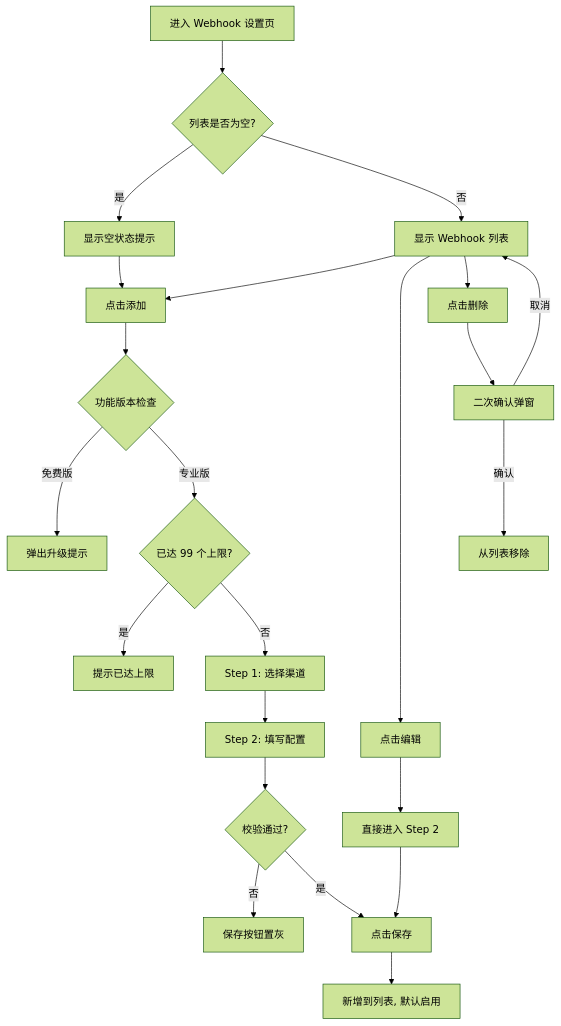
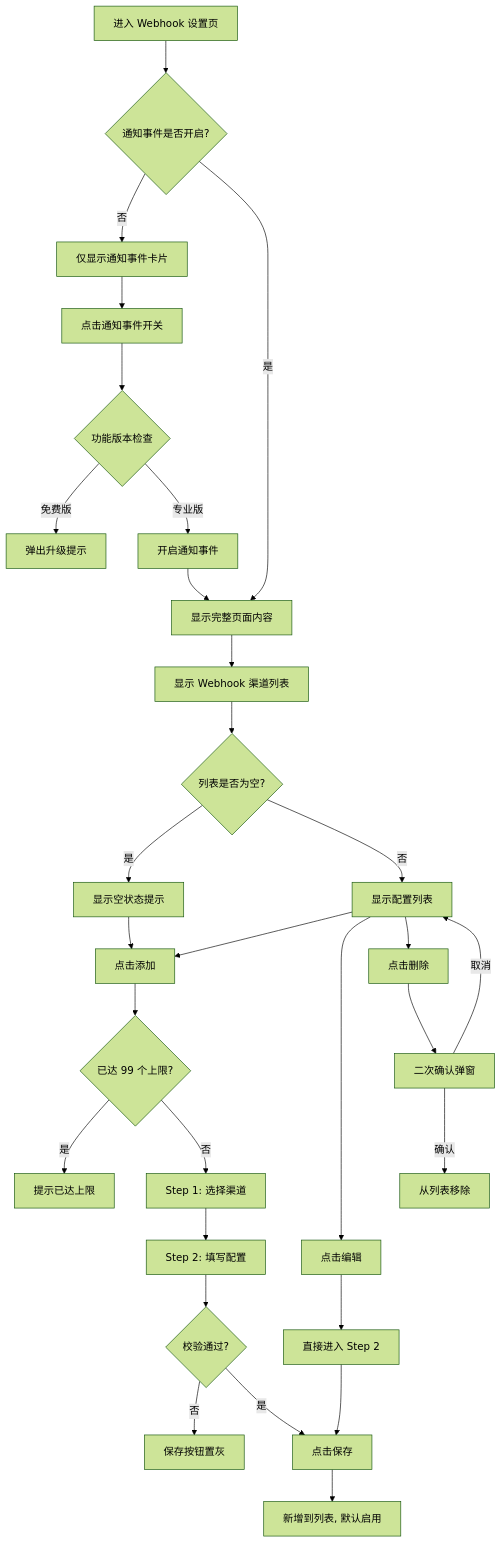
The second of 2 diagrams in docs/PRD-Webhook平台集成.md (goeye/twt), drawn with Mermaid (forest theme) before and after one commit. The commit also changed other lines of this file and 3 other files, not shown here.

````diff
--- a/docs/PRD-Webhook平台集成.md
+++ b/docs/PRD-Webhook平台集成.md
@@ -65,28 +66,37 @@
 ```mermaid
 flowchart TD
-    A[进入 Webhook 设置页] --> B{列表是否为空?}
-    B -->|是| C[显示空状态提示]
-    B -->|否| D[显示 Webhook 列表]
+    A[进入 Webhook 设置页] --> B{通知事件是否开启?}
+    B -->|否| C[仅显示通知事件卡片]
+    B -->|是| D[显示完整页面内容]
 
-    D --> E[点击添加]
-    C --> E
+    C --> E[点击通知事件开关]
     E --> F{功能版本检查}
     F -->|免费版| G[弹出升级提示]
-    F -->|专业版| H{已达 99 个上限?}
-    H -->|是| I[提示已达上限]
-    H -->|否| J[Step 1: 选择渠道]
-    J --> K[Step 2: 填写配置]
-    K --> L{校验通过?}
-    L -->|否| M[保存按钮置灰]
-    L -->|是| N[点击保存]
-    N --> O[新增到列表, 默认启用]
+    F -->|专业版| H[开启通知事件]
+    H --> D
 
-    D --> P[点击编辑]
-    P --> Q[直接进入 Step 2]
-    Q --> N
+    D --> I[显示 Webhook 渠道列表]
+    I --> J{列表是否为空?}
+    J -->|是| K[显示空状态提示]
+    J -->|否| L[显示配置列表]
 
-    D --> R[点击删除]
-    R --> S[二次确认弹窗]
-    S -->|确认| T[从列表移除]
-    S -->|取消| D
+    K --> M[点击添加]
+    L --> M
+    M --> N{已达 99 个上限?}
+    N -->|是| O[提示已达上限]
+    N -->|否| P[Step 1: 选择渠道]
+    P --> Q[Step 2: 填写配置]
+    Q --> R{校验通过?}
+    R -->|否| S[保存按钮置灰]
+    R -->|是| T[点击保存]
+    T --> U[新增到列表, 默认启用]
+
+    L --> V[点击编辑]
+    V --> W[直接进入 Step 2]
+    W --> T
+
+    L --> X[点击删除]
+    X --> Y[二次确认弹窗]
+    Y -->|确认| Z[从列表移除]
+    Y -->|取消| L
 ```
````
